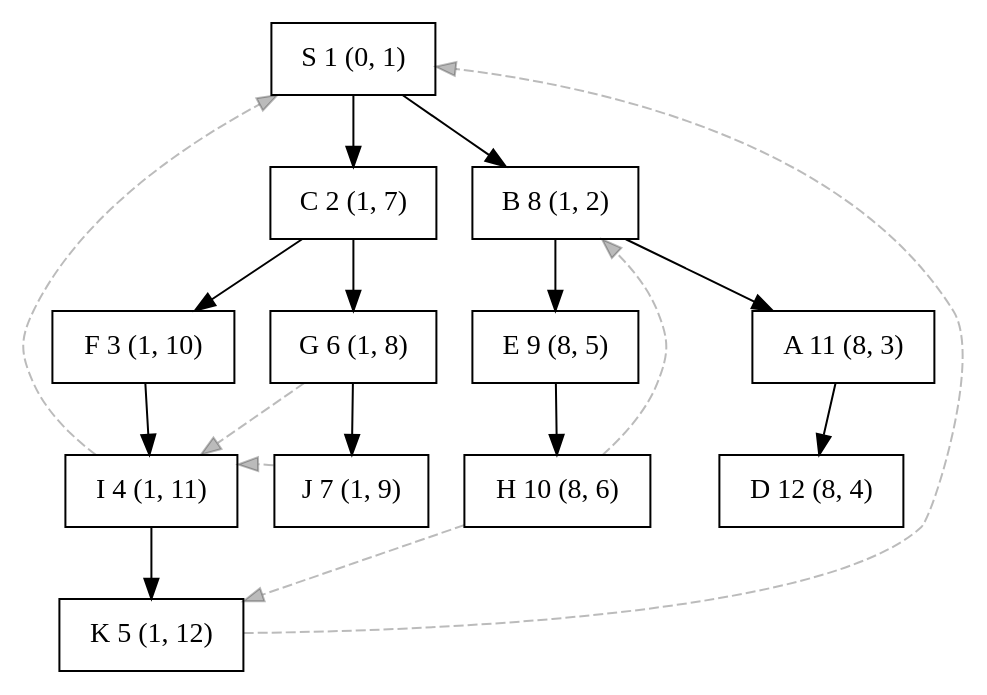
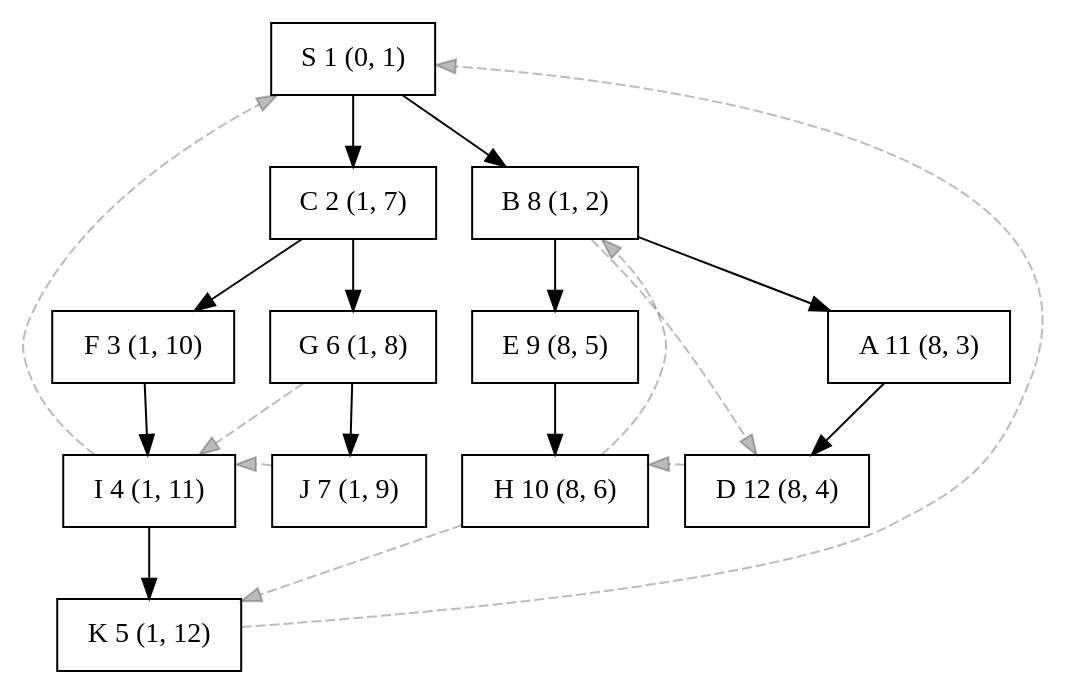
The diagram in content/blog/testing-flow-graph-reducibility/example.gv (tillycode/tilly-site), drawn with Graphviz before and after one commit. The commit also changed 1 other file, not shown here.

Commit message:
update graph

```diff
--- a/content/blog/testing-flow-graph-reducibility/example.gv
+++ b/content/blog/testing-flow-graph-reducibility/example.gv
@@ -1,40 +1,41 @@
 digraph {
   node[shape=rect]
   S[label="S 1 (0, 1)"]
   C[label="C 2 (1, 7)"]
   F[label="F 3 (1, 10)"]
   I[label="I 4 (1, 11)"]
   K[label="K 5 (1, 12)"]
   G[label="G 6 (1, 8)"]
   J[label="J 7 (1, 9)"]
   B[label="B 8 (1, 2)"]
   E[label="E 9 (8, 5)"]
   H[label="H 10 (8, 6)"]
   A[label="A 11 (8, 3)"]
   D[label="D 12 (8, 4)"]
   S->C->F->I->K
   C->G->J
   S->B->E->H
   B->A->D
   {
     rank=same
     C->B[style=invis]
   }
   {
     rank=same
     F->G->E->A[style=invis]
   }
   {
     rank=same
     I->J->H->D[style=invis]
   }
   {
     edge[style=dashed,color="#00000044"]
     K->S[constraint=false]
     I->S
     G->I
     J->I
     H->K[constraint=false]
     H->B[constraint=false]
+    B->D->H
   }
 }
```
